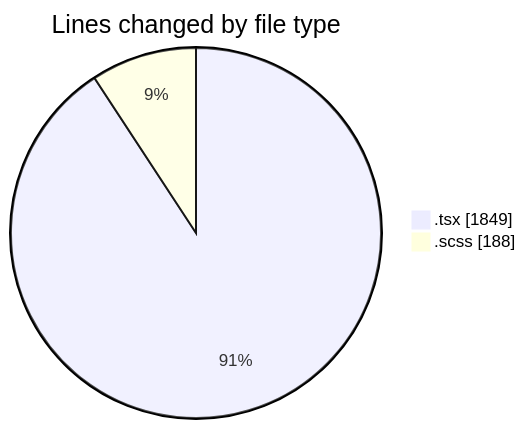
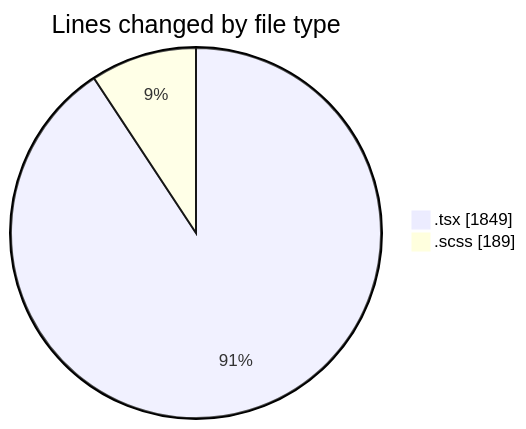
Before and after one commit to momahboobian/code-tracking: the first of 2 diagrams in 2025-04-07/cda/README.md, drawn with Mermaid. The commit also changed other lines of this file and 1 other file, not shown here.

````diff
--- a/2025-04-07/cda/README.md
+++ b/2025-04-07/cda/README.md
@@ -26,6 +26,6 @@
 ```mermaid
 pie showData
 title Lines changed by file type
 ".tsx" : 1849
-".scss" : 188
+".scss" : 189
 ```
````
